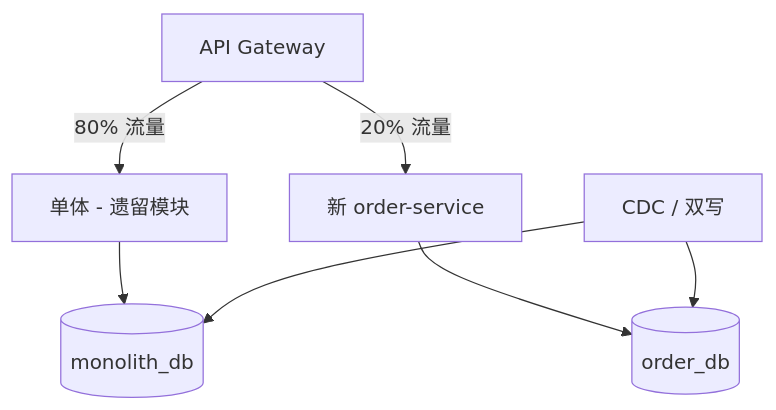
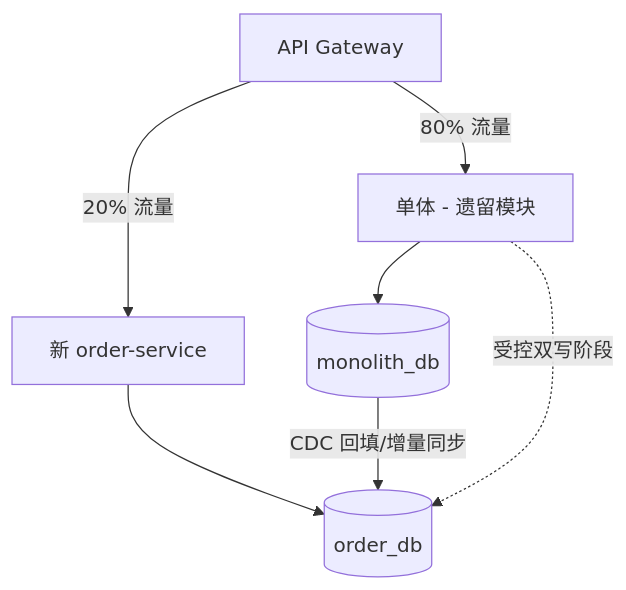
The diagram in docs/interview/03-system-design/S-ARCH-19-monolith-to-microservices.md (twodog-tt/Golang-development-manual), drawn with Mermaid before and after one commit. The commit also changed other lines of this file and 438 other files, not shown here.

````diff
--- a/docs/interview/03-system-design/S-ARCH-19-monolith-to-microservices.md
+++ b/docs/interview/03-system-design/S-ARCH-19-monolith-to-microservices.md
@@ -29,10 +29,10 @@
 ```mermaid
 flowchart TB
   GW[API Gateway]
   GW -->|80% 流量| Mono[单体 - 遗留模块]
   GW -->|20% 流量| NewSvc[新 order-service]
   NewSvc --> NewDB[(order_db)]
   Mono --> OldDB[(monolith_db)]
-  CDC[CDC / 双写] --> NewDB
-  CDC --> OldDB
+  OldDB -->|CDC 回填/增量同步| NewDB
+  Mono -.->|受控双写阶段| NewDB
 ```
````
